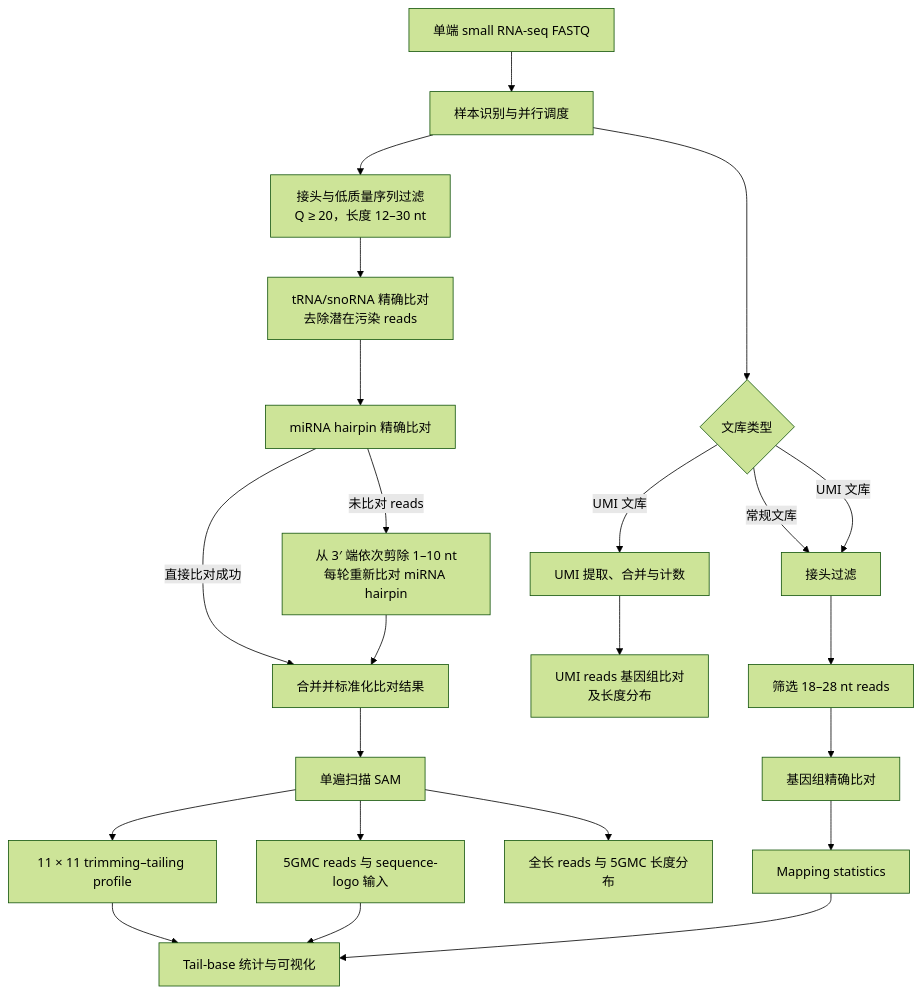
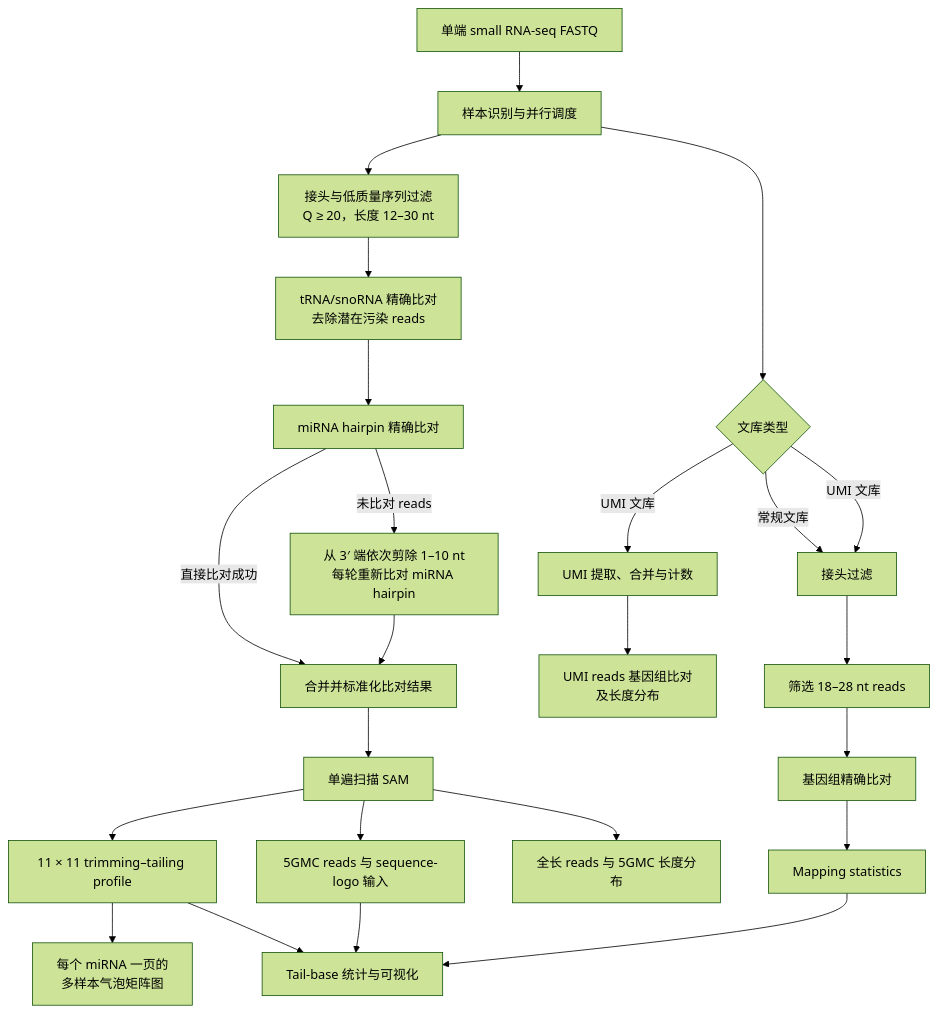
The diagram in README.md (FINitenet/renlab_tailing_trimming_parallel), drawn with Mermaid (forest theme) before and after one commit. The commit also changed other lines of this file and 3 other files, not shown here.

````diff
--- a/README.md
+++ b/README.md
@@ -29,28 +29,29 @@
 ```mermaid
 flowchart TD
     A[单端 small RNA-seq FASTQ] --> B[样本识别与并行调度]
 
     B --> C1[接头与低质量序列过滤<br/>Q ≥ 20，长度 12–30 nt]
     C1 --> C2[tRNA/snoRNA 精确比对<br/>去除潜在污染 reads]
     C2 --> C3[miRNA hairpin 精确比对]
     C3 -->|直接比对成功| C5[合并并标准化比对结果]
     C3 -->|未比对 reads| C4[从 3′ 端依次剪除 1–10 nt<br/>每轮重新比对 miRNA hairpin]
     C4 --> C5
     C5 --> D[单遍扫描 SAM]
     D --> D1[11 × 11 trimming–tailing profile]
     D --> D2[5GMC reads 与 sequence-logo 输入]
     D --> D3[全长 reads 与 5GMC 长度分布]
+    D1 --> D4[每个 miRNA 一页的<br/>多样本气泡矩阵图]
 
     B --> E1{文库类型}
     E1 -->|常规文库| E2[接头过滤]
     E1 -->|UMI 文库| E3[UMI 提取、合并与计数]
     E1 -->|UMI 文库| E2
     E3 --> E7[UMI reads 基因组比对<br/>及长度分布]
     E2 --> E4[筛选 18–28 nt reads]
     E4 --> E5[基因组精确比对]
     E5 --> E6[Mapping statistics]
 
     D1 --> F[Tail-base 统计与可视化]
     D2 --> F
     E6 --> F
 ```
````
